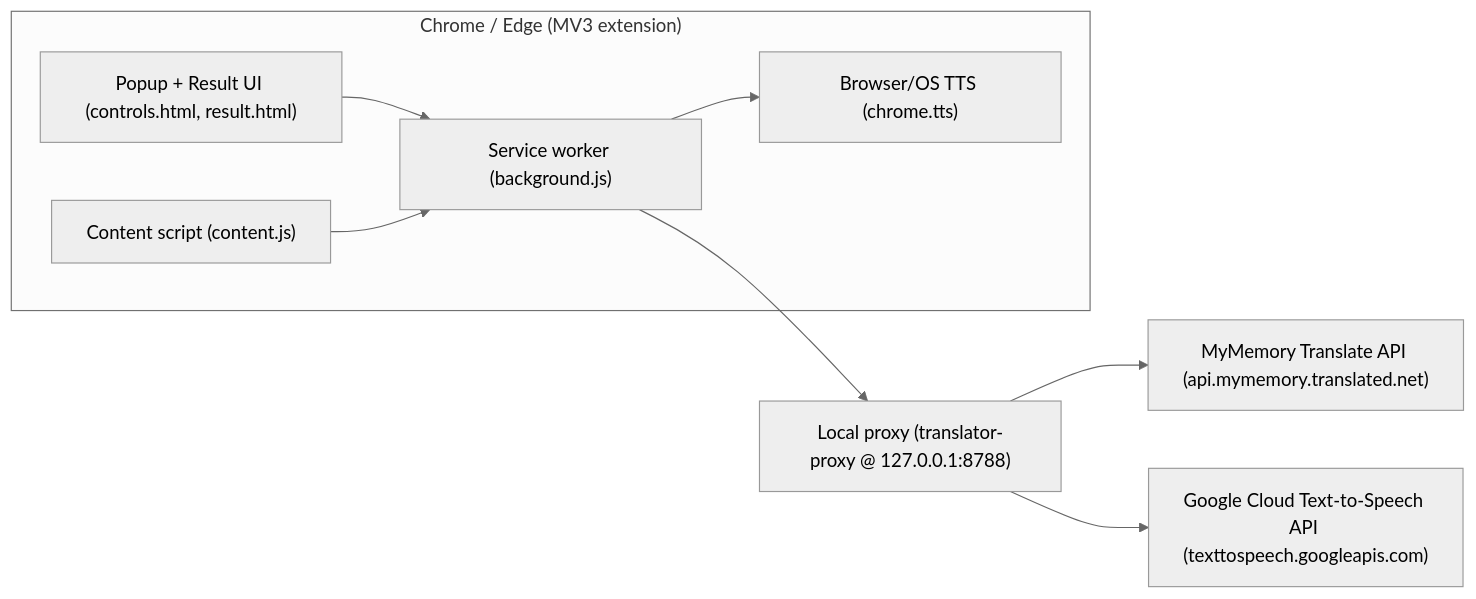
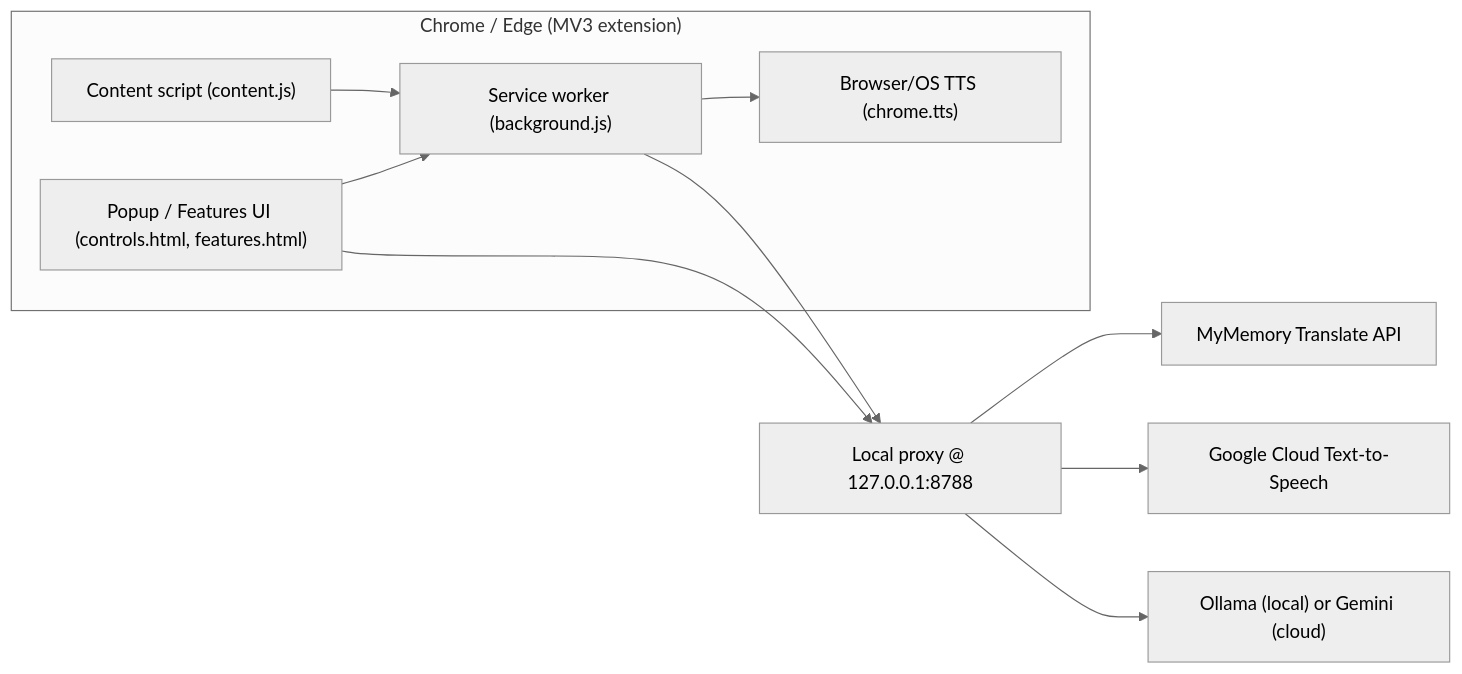
The diagram in README.md (PrimusInterParess/Translator), drawn with Mermaid (neutral theme) before and after one commit. The commit also changed other lines of this file and 31 other files, not shown here.

````diff
--- a/README.md
+++ b/README.md
@@ -23,20 +24,23 @@
 ```mermaid
 flowchart LR
   subgraph Browser["Chrome / Edge (MV3 extension)"]
-    UI["Popup + Result UI (controls.html, result.html)"]
+    UI["Popup / Features UI (controls.html, features.html)"]
     CS["Content script (content.js)"]
     BG["Service worker (background.js)"]
     TTS["Browser/OS TTS (chrome.tts)"]
   end
 
-  MyMemory["MyMemory Translate API (api.mymemory.translated.net)"]
-  Proxy["Local proxy (translator-proxy @ 127.0.0.1:8788)"]
-  Google["Google Cloud Text-to-Speech API (texttospeech.googleapis.com)"]
+  MyMemory["MyMemory Translate API"]
+  Proxy["Local proxy @ 127.0.0.1:8788"]
+  Google["Google Cloud Text-to-Speech"]
+  LLM["Ollama (local) or Gemini (cloud)"]
 
   UI --> BG
+  UI --> Proxy
   CS --> BG
   BG --> Proxy
   BG --> TTS
   Proxy --> MyMemory
   Proxy --> Google
+  Proxy --> LLM
 ```
````
